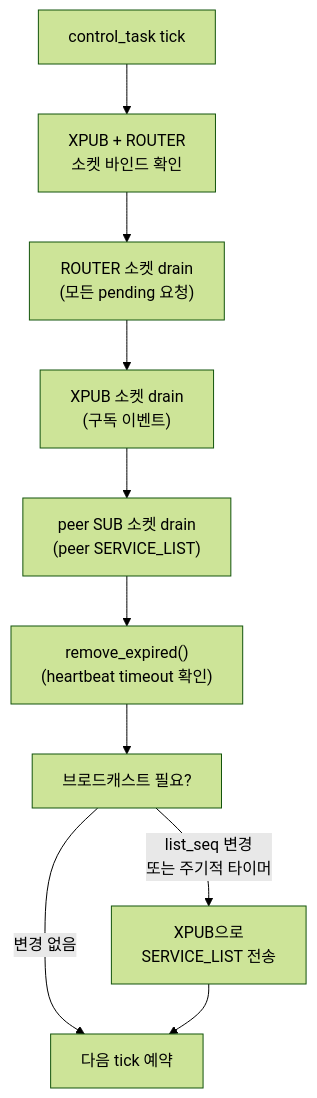
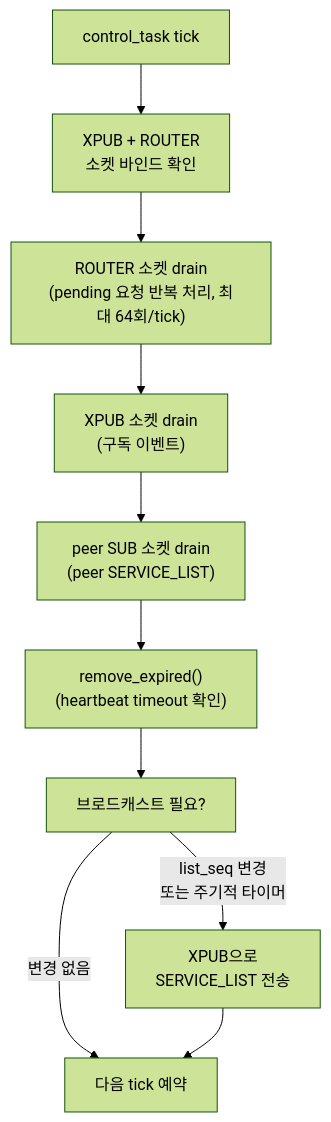
The ninth of 10 diagrams in core/doc/internals/registry-internals.ko.md (kairos-code-dev/zlink), drawn with Mermaid (forest theme) before and after one commit. The commit also changed other lines of this file, not shown here.

````diff
--- a/core/doc/internals/registry-internals.ko.md
+++ b/core/doc/internals/registry-internals.ko.md
@@ -313,12 +314,12 @@
 ```mermaid
 flowchart TD
     tick["control_task tick"] --> ensure["XPUB + ROUTER<br/>소켓 바인드 확인"]
-    ensure --> drain_router["ROUTER 소켓 drain<br/>(모든 pending 요청)"]
+    ensure --> drain_router["ROUTER 소켓 drain<br/>(pending 요청 반복 처리, 최대 64회/tick)"]
     drain_router --> drain_xpub["XPUB 소켓 drain<br/>(구독 이벤트)"]
     drain_xpub --> drain_peer["peer SUB 소켓 drain<br/>(peer SERVICE_LIST)"]
     drain_peer --> expire["remove_expired()<br/>(heartbeat timeout 확인)"]
     expire --> decide["브로드캐스트 필요?"]
     decide -->|"list_seq 변경<br/>또는 주기적 타이머"| broadcast["XPUB으로<br/>SERVICE_LIST 전송"]
     decide -->|"변경 없음"| schedule["다음 tick 예약"]
     broadcast --> schedule
 ```
````
